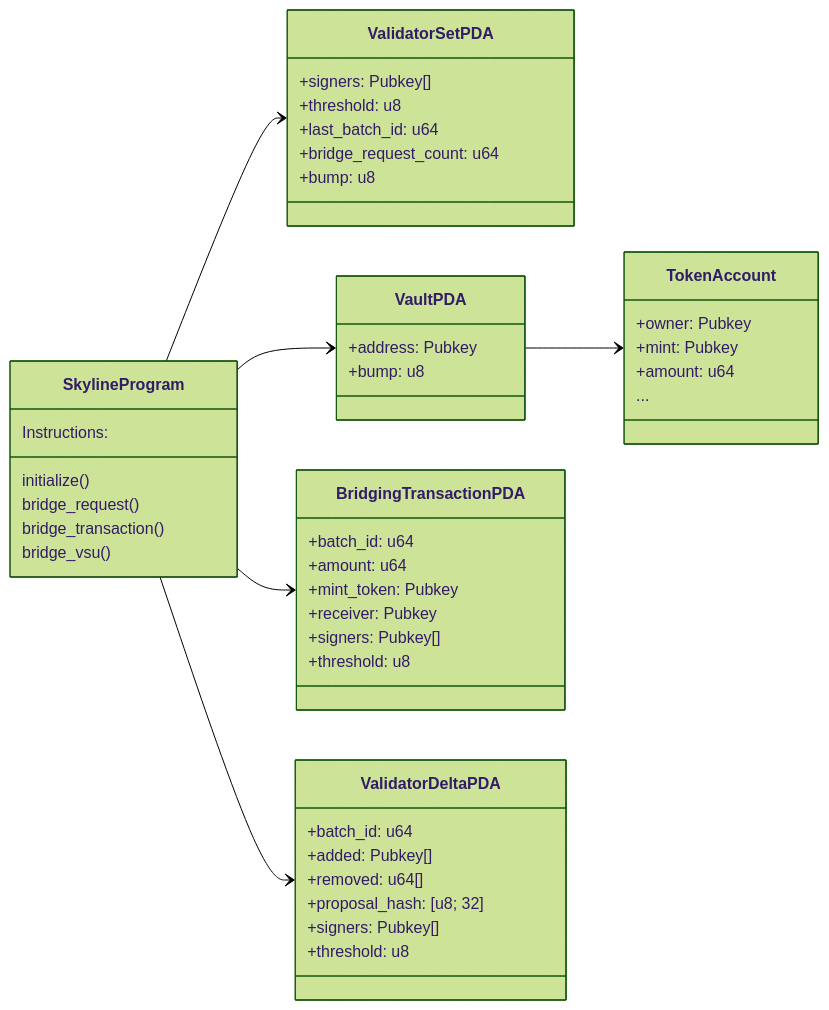
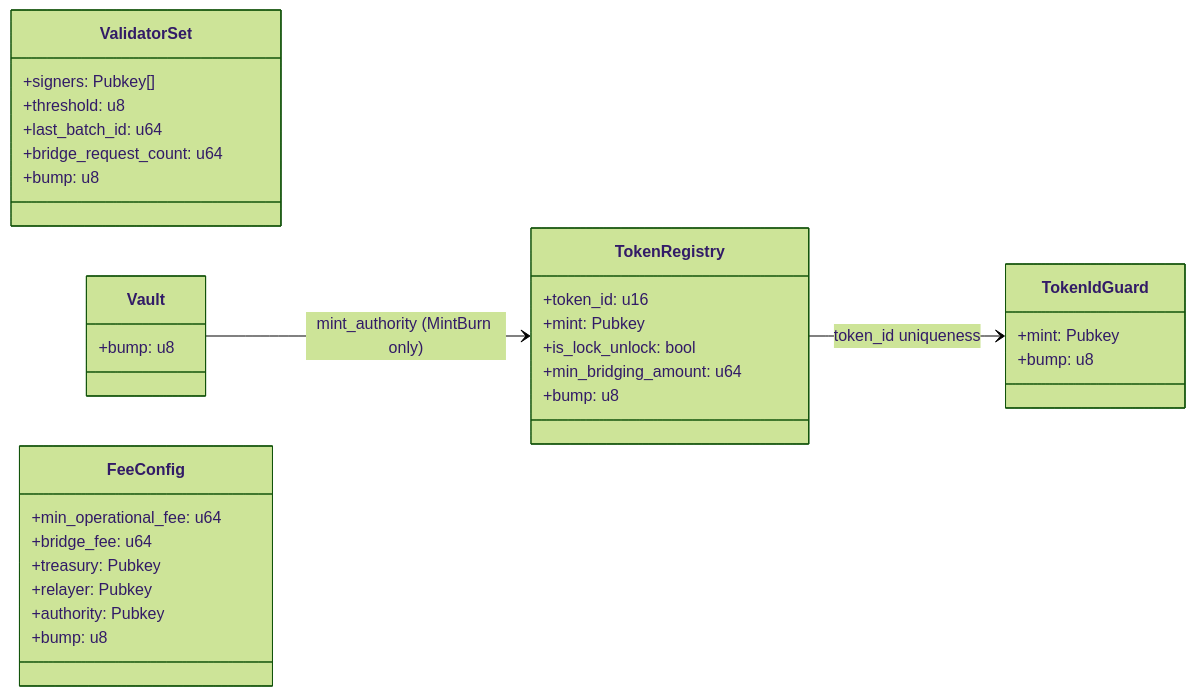
Before and after one commit to Ethernal-Tech/skyline-solana-programs: the second of 2 diagrams in programs/skyline-program/README.md, drawn with Mermaid (forest theme). The commit also changed other lines of this file and 2 other files, not shown here.

Commit message:
README updated, max transfer  len, zero addresses check for treasury and relayer.

````diff
--- a/programs/skyline-program/README.md
+++ b/programs/skyline-program/README.md
@@ -137,58 +157,41 @@
 ```mermaid
 classDiagram
   direction LR
 
-  class SkylineProgram {
-    Instructions:
-    initialize()
-    bridge_request()
-    bridge_transaction()
-    bridge_vsu()
-  }
-
-  class ValidatorSetPDA {
+  class ValidatorSet {
     +signers: Pubkey[]
     +threshold: u8
     +last_batch_id: u64
     +bridge_request_count: u64
     +bump: u8
   }
 
-  class VaultPDA {
-    +address: Pubkey
+  class Vault {
     +bump: u8
   }
 
-  class BridgingTransactionPDA {
-    +batch_id: u64
-    +amount: u64
-    +mint_token: Pubkey
-    +receiver: Pubkey
-    +signers: Pubkey[]
-    +threshold: u8
+  class FeeConfig {
+    +min_operational_fee: u64
+    +bridge_fee: u64
+    +treasury: Pubkey
+    +relayer: Pubkey
+    +authority: Pubkey
+    +bump: u8
   }
 
-  class ValidatorDeltaPDA {
-    +batch_id: u64
-    +added: Pubkey[]
-    +removed: u64[]
-    +proposal_hash: [u8; 32]
-    +signers: Pubkey[]
-    +threshold: u8
+  class TokenRegistry {
+    +token_id: u16
+    +mint: Pubkey
+    +is_lock_unlock: bool
+    +min_bridging_amount: u64
+    +bump: u8
   }
 
-  class TokenAccount {
-    +owner: Pubkey
+  class TokenIdGuard {
     +mint: Pubkey
-    +amount: u64
-    ...
+    +bump: u8
   }
 
-  SkylineProgram --> ValidatorSetPDA
-  SkylineProgram --> VaultPDA
-  SkylineProgram --> BridgingTransactionPDA
-  SkylineProgram --> ValidatorDeltaPDA
-
-
-  VaultPDA --> TokenAccount
+  Vault --> TokenRegistry : mint_authority (MintBurn only)
+  TokenRegistry --> TokenIdGuard : token_id uniqueness
 ```
````
